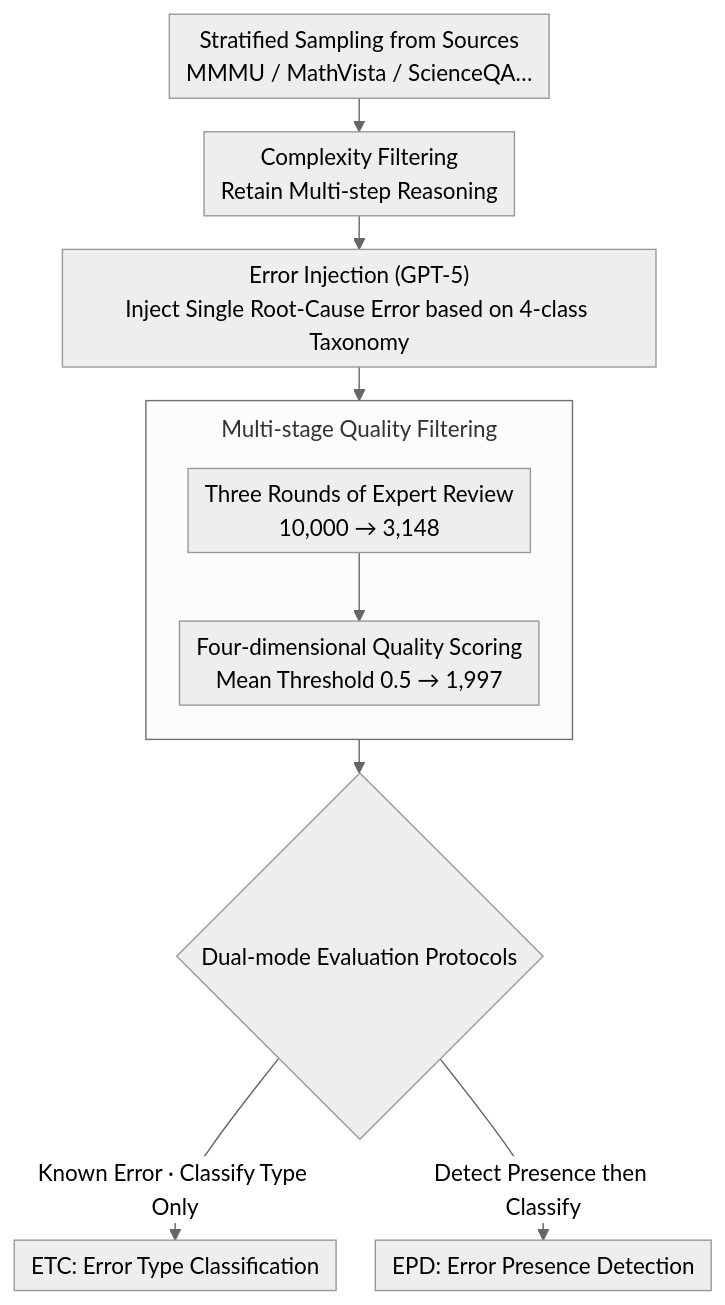
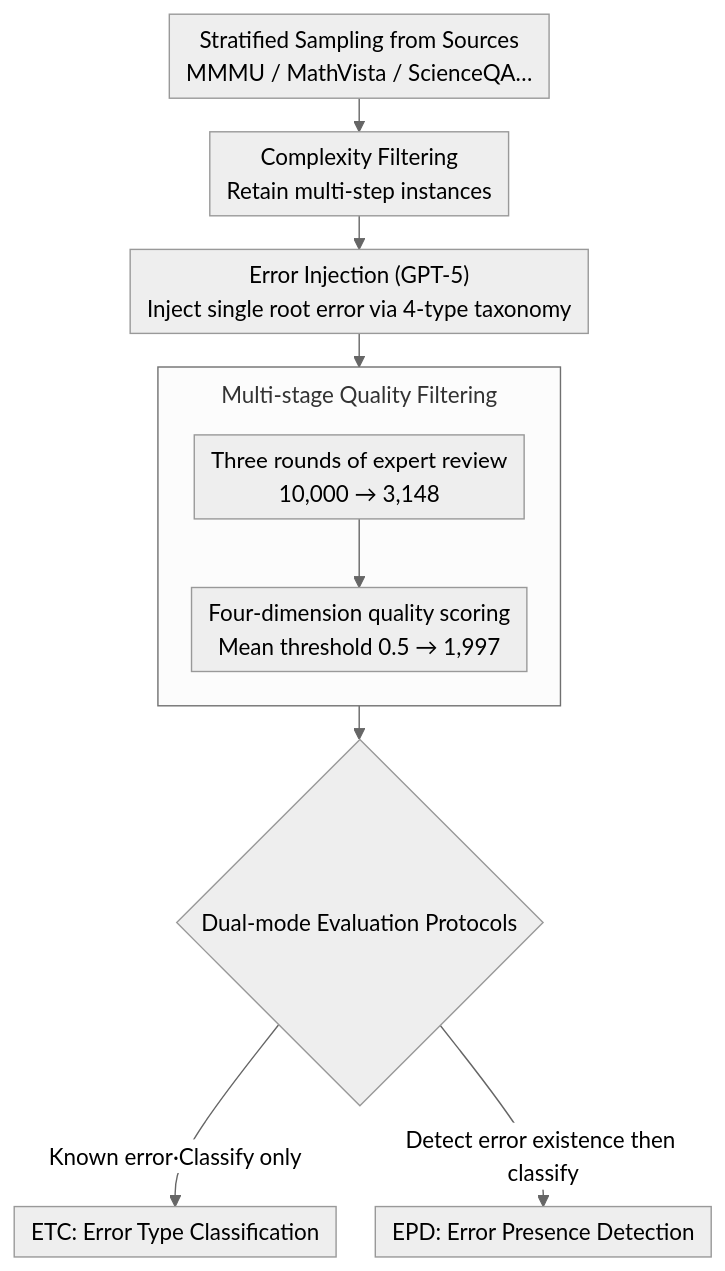
One commit to zhaoyang97/Paper-Notes-en changed the diagram in docs/ACL2026/vlm_reasoning/mmerror_a_benchmark_for_erroneous_reasoning_in_vision-language_models.md. Above: the diagram before and after it, drawn with Mermaid (neutral theme). The commit also changed other lines of this file and 5084 other files, not shown here.

````diff
--- a/docs/ACL2026/vlm_reasoning/mmerror_a_benchmark_for_erroneous_reasoning_in_vision-language_models.md
+++ b/docs/ACL2026/vlm_reasoning/mmerror_a_benchmark_for_erroneous_reasoning_in_vision-language_models.md
@@ -44,14 +44,14 @@
 ```mermaid
 %%{init: {'flowchart': {'rankSpacing': 24, 'nodeSpacing': 28, 'padding': 6, 'wrappingWidth': 400, 'subGraphTitleMargin': {'top': 8, 'bottom': 16}}}}%%
 flowchart TD
-    A["Stratified Sampling from Sources<br/>MMMU / MathVista / ScienceQA…"] --> B["Complexity Filtering<br/>Retain Multi-step Reasoning"]
-    B --> C["Error Injection (GPT-5)<br/>Inject Single Root-Cause Error based on 4-class Taxonomy"]
+    A["Stratified Sampling from Sources<br/>MMMU / MathVista / ScienceQA…"] --> B["Complexity Filtering<br/>Retain multi-step instances"]
+    B --> C["Error Injection (GPT-5)<br/>Inject single root error via 4-type taxonomy"]
     subgraph QC["Multi-stage Quality Filtering"]
         direction TB
-        D["Three Rounds of Expert Review<br/>10,000 → 3,148"] --> E["Four-dimensional Quality Scoring<br/>Mean Threshold 0.5 → 1,997"]
+        D["Three rounds of expert review<br/>10,000 → 3,148"] --> E["Four-dimension quality scoring<br/>Mean threshold 0.5 → 1,997"]
     end
     C --> D
     E --> F{"Dual-mode Evaluation Protocols"}
-    F -->|Known Error · Classify Type Only| G["ETC: Error Type Classification"]
-    F -->|Detect Presence then Classify| H["EPD: Error Presence Detection"]
+    F -->|Known error·Classify only| G["ETC: Error Type Classification"]
+    F -->|Detect error existence then classify| H["EPD: Error Presence Detection"]
 ```
````
